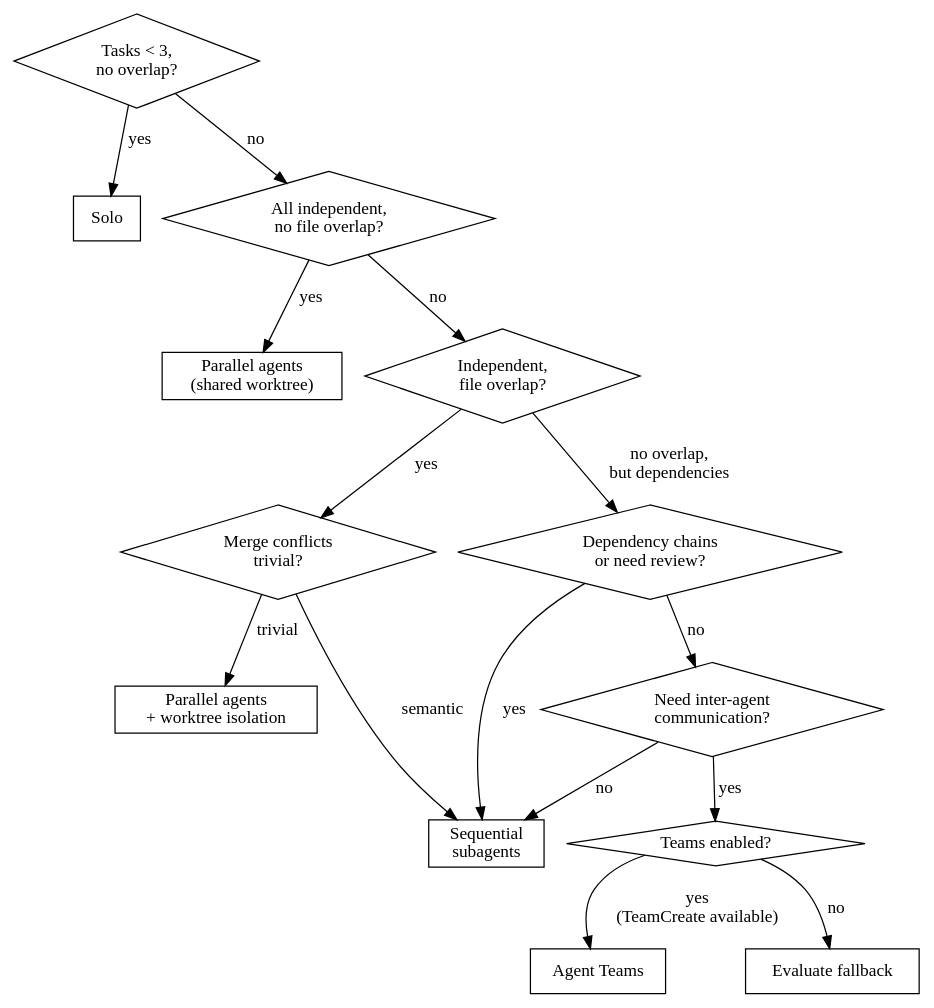
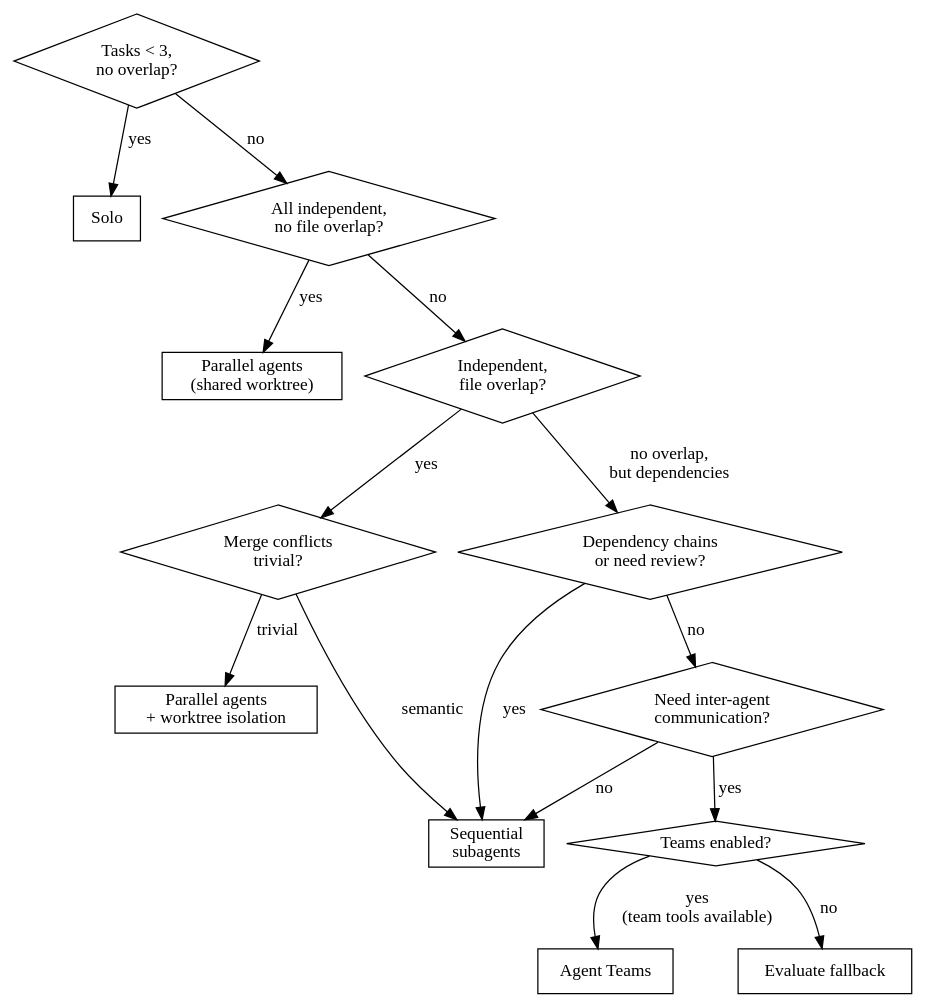
One commit to cjthompson/claude-code-config changed the second of 2 diagrams in plugins/orchestration-strategy/skills/orchestration-strategy/SKILL.md. Above: the diagram before and after it, drawn with Graphviz. The commit also changed other lines of this file and 15 other files, not shown here.

````diff
--- a/plugins/orchestration-strategy/skills/orchestration-strategy/SKILL.md
+++ b/plugins/orchestration-strategy/skills/orchestration-strategy/SKILL.md
@@ -74,32 +80,32 @@
 ```dot
 digraph decision {
     "Tasks < 3,\nno overlap?" [shape=diamond];
     "Solo" [shape=box];
     "All independent,\nno file overlap?" [shape=diamond];
     "Parallel agents\n(shared worktree)" [shape=box];
     "Independent,\nfile overlap?" [shape=diamond];
     "Merge conflicts\ntrivial?" [shape=diamond];
     "Parallel agents\n+ worktree isolation" [shape=box];
     "Sequential\nsubagents" [shape=box];
     "Dependency chains\nor need review?" [shape=diamond];
     "Need inter-agent\ncommunication?" [shape=diamond];
     "Teams enabled?" [shape=diamond];
     "Agent Teams" [shape=box];
     "Evaluate fallback" [shape=box];
 
     "Tasks < 3,\nno overlap?" -> "Solo" [label="yes"];
     "Tasks < 3,\nno overlap?" -> "All independent,\nno file overlap?" [label="no"];
     "All independent,\nno file overlap?" -> "Parallel agents\n(shared worktree)" [label="yes"];
     "All independent,\nno file overlap?" -> "Independent,\nfile overlap?" [label="no"];
     "Independent,\nfile overlap?" -> "Merge conflicts\ntrivial?" [label="yes"];
     "Independent,\nfile overlap?" -> "Dependency chains\nor need review?" [label="no overlap,\nbut dependencies"];
     "Merge conflicts\ntrivial?" -> "Parallel agents\n+ worktree isolation" [label="trivial"];
     "Merge conflicts\ntrivial?" -> "Sequential\nsubagents" [label="semantic"];
     "Dependency chains\nor need review?" -> "Sequential\nsubagents" [label="yes"];
     "Dependency chains\nor need review?" -> "Need inter-agent\ncommunication?" [label="no"];
     "Need inter-agent\ncommunication?" -> "Teams enabled?" [label="yes"];
     "Need inter-agent\ncommunication?" -> "Sequential\nsubagents" [label="no"];
-    "Teams enabled?" -> "Agent Teams" [label="yes\n(TeamCreate available)"];
+    "Teams enabled?" -> "Agent Teams" [label="yes\n(team tools available)"];
     "Teams enabled?" -> "Evaluate fallback" [label="no"];
 }
 ```
````
